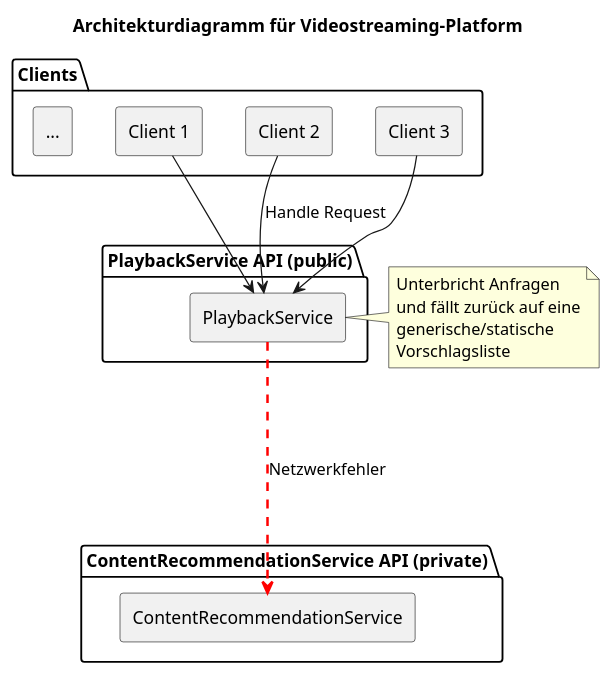
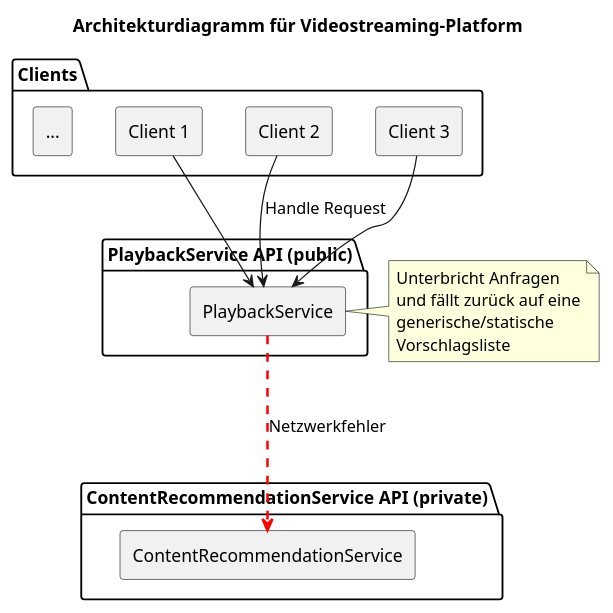
Before and after one commit to beleg-05-resilienz-verteilte-systeme/belegarbeit: the diagram in images/beispiel-easy2-fallback.puml, drawn with PlantUML. The commit also changed 4 other files, not shown here.

Commit message:
UML loadbalancing

```diff
--- a/images/beispiel-easy2-fallback.puml
+++ b/images/beispiel-easy2-fallback.puml
@@ -1,46 +1,46 @@
 @startuml
 title Architekturdiagramm für Videostreaming-Platform
 
 skinparam componentStyle rectangle
 'skinparam linetype ortho
 
 ' Abstand zwischen den Paketen erhöhen
-skinparam ranksep 70
+skinparam ranksep 40
 
 package "Clients" {
   [Client 1]
   [Client 2]
   [Client 3]
   [...]
 }
 
 package "PlaybackService API (public)" as PBS {
   component "PlaybackService" as PS
 }
 
 note right
 Unterbricht Anfragen
 und fällt zurück auf eine
 generische/statische
 Vorschlagsliste
 end note
 
 package "ContentRecommendationService API (private)" as CRS {
   component "ContentRecommendationService" as CS
 }
 
 [Client 1] --> PS
 [Client 2] --> PS : Handle Request
 [Client 3] --> PS
 
 'PS -[#000000]-down-> CS : Handle Request
 
 ' Darstellung der Störung
 PS ..[#FF0000,dashed,thickness=2]-> CS : Netzwerkfehler
 
 '[Client 1] -down-> PS
 '[Client 2] -down-> PS : Handle Request
 '[Client 3] -down-> PS
 'PS -down-> CS : Handle Request
 
 @enduml
```
